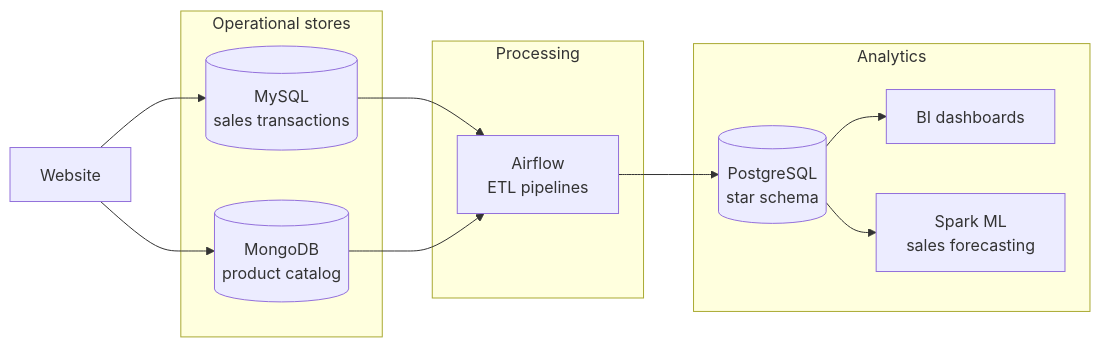
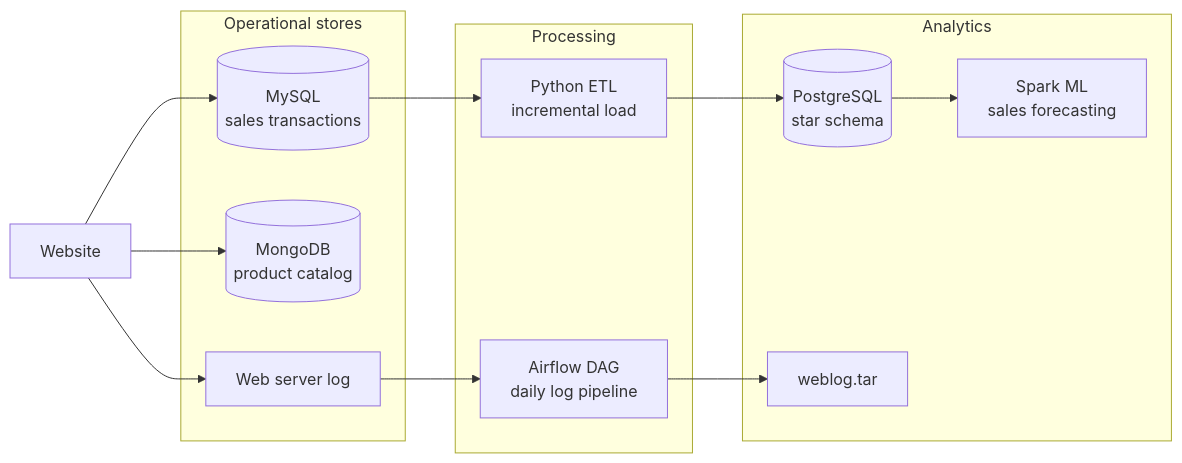
One commit to bunyamin-polat/cart-pulse changed the diagram in docs/architecture.md. Above: the diagram before and after it, drawn with Mermaid. The commit also changed other lines of this file and 22 other files, not shown here.

````diff
--- a/docs/architecture.md
+++ b/docs/architecture.md
@@ -5,27 +5,30 @@
 ```mermaid
 flowchart LR
     web[Website]
 
     subgraph sources[Operational stores]
         mysql[(MySQL<br/>sales transactions)]
         mongo[(MongoDB<br/>product catalog)]
+        log[Web server log]
     end
 
     subgraph processing[Processing]
-        airflow[Airflow<br/>ETL pipelines]
+        etl[Python ETL<br/>incremental load]
+        airflow[Airflow DAG<br/>daily log pipeline]
     end
 
     subgraph analytics[Analytics]
         pg[(PostgreSQL<br/>star schema)]
-        bi[BI dashboards]
         spark[Spark ML<br/>sales forecasting]
+        archive[weblog.tar]
     end
 
     web --> mysql
     web --> mongo
-    mysql --> airflow
-    mongo --> airflow
-    airflow --> pg
-    pg --> bi
+    web --> log
+    mysql --> etl
+    etl --> pg
     pg --> spark
+    log --> airflow
+    airflow --> archive
 ```
````
